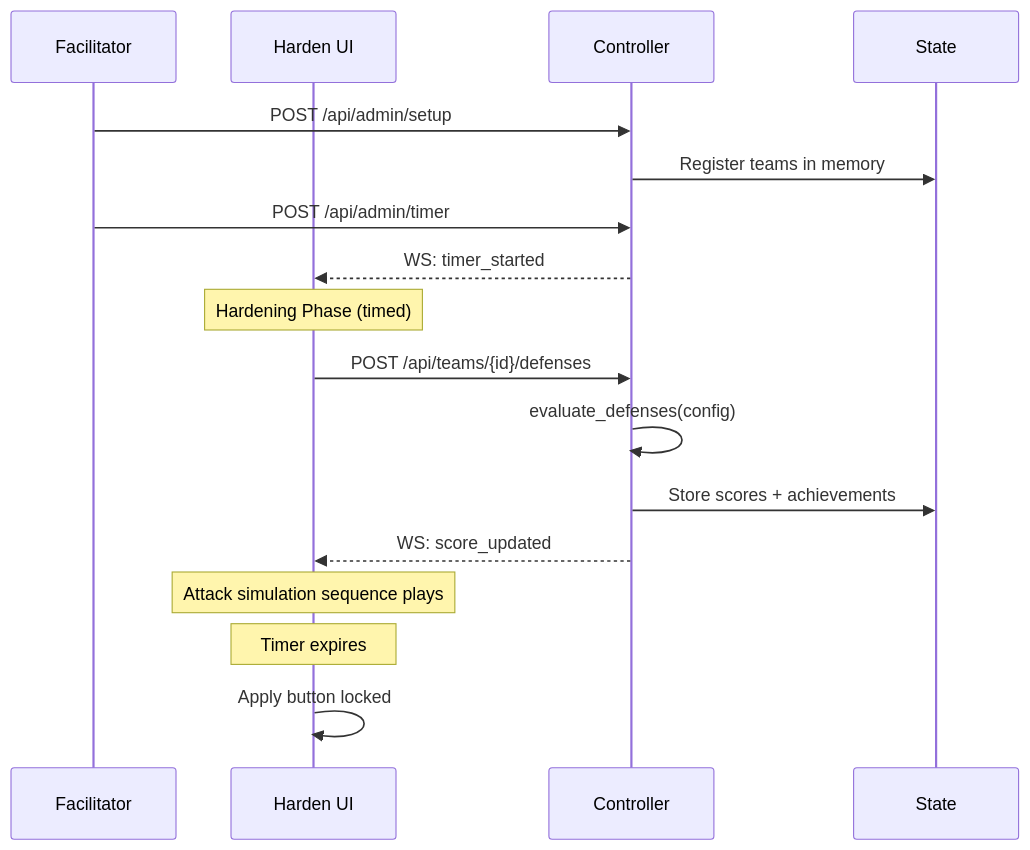
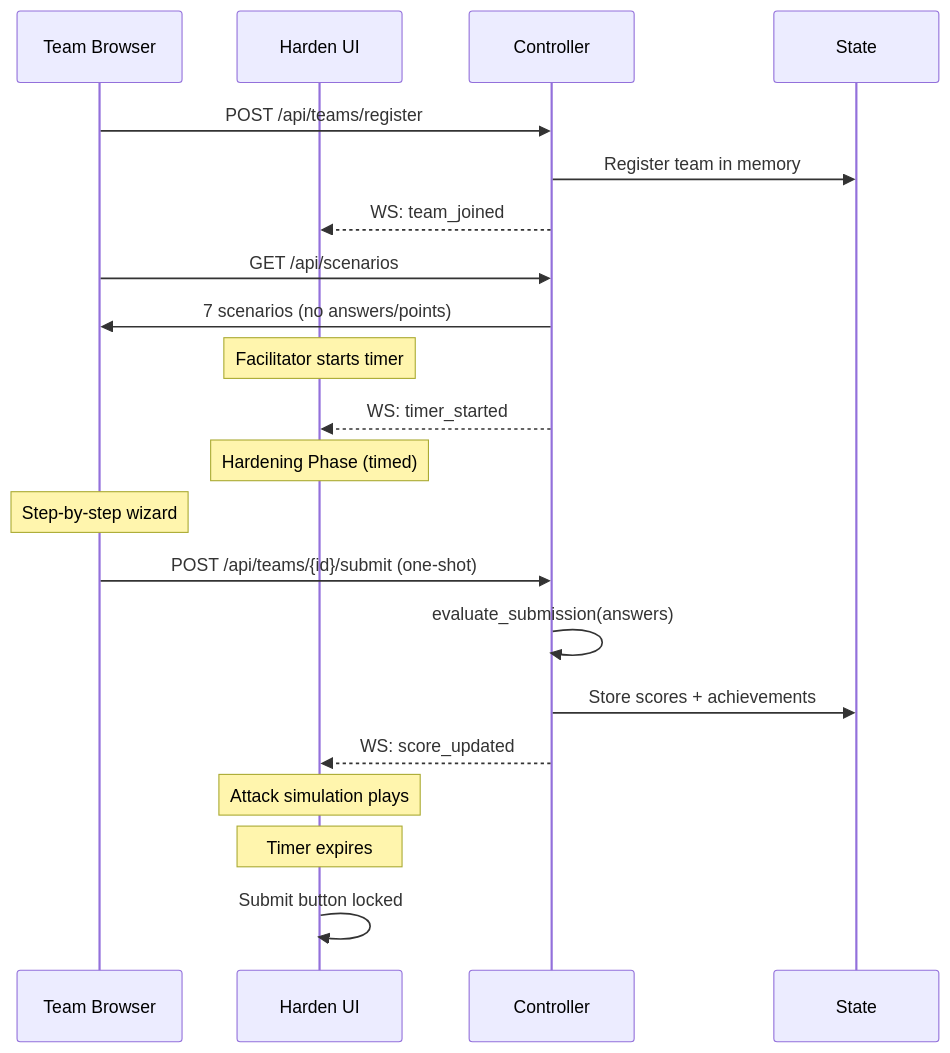
The second of 2 diagrams in docs/ARCHITECTURE.md (gsampaio-rh/matrix-harden-the-box), drawn with Mermaid before and after one commit. The commit also changed other lines of this file and 26 other files, not shown here.

````diff
--- a/docs/ARCHITECTURE.md
+++ b/docs/ARCHITECTURE.md
@@ -78,23 +86,28 @@
 ```mermaid
 sequenceDiagram
-    participant F as Facilitator
+    participant T as Team Browser
     participant UI as Harden UI
     participant C as Controller
     participant S as State
 
-    F->>C: POST /api/admin/setup
-    C->>S: Register teams in memory
+    T->>C: POST /api/teams/register
+    C->>S: Register team in memory
+    C-->>UI: WS: team_joined
 
-    F->>C: POST /api/admin/timer
+    T->>C: GET /api/scenarios
+    C->>T: 7 scenarios (no answers/points)
+
+    Note over UI: Facilitator starts timer
     C-->>UI: WS: timer_started
 
     Note over UI: Hardening Phase (timed)
-    UI->>C: POST /api/teams/{id}/defenses
-    C->>C: evaluate_defenses(config)
+    Note over T: Step-by-step wizard
+    T->>C: POST /api/teams/{id}/submit (one-shot)
+    C->>C: evaluate_submission(answers)
     C->>S: Store scores + achievements
     C-->>UI: WS: score_updated
-    Note over UI: Attack simulation sequence plays
+    Note over UI: Attack simulation plays
 
     Note over UI: Timer expires
-    UI->>UI: Apply button locked
+    UI->>UI: Submit button locked
 ```
````
